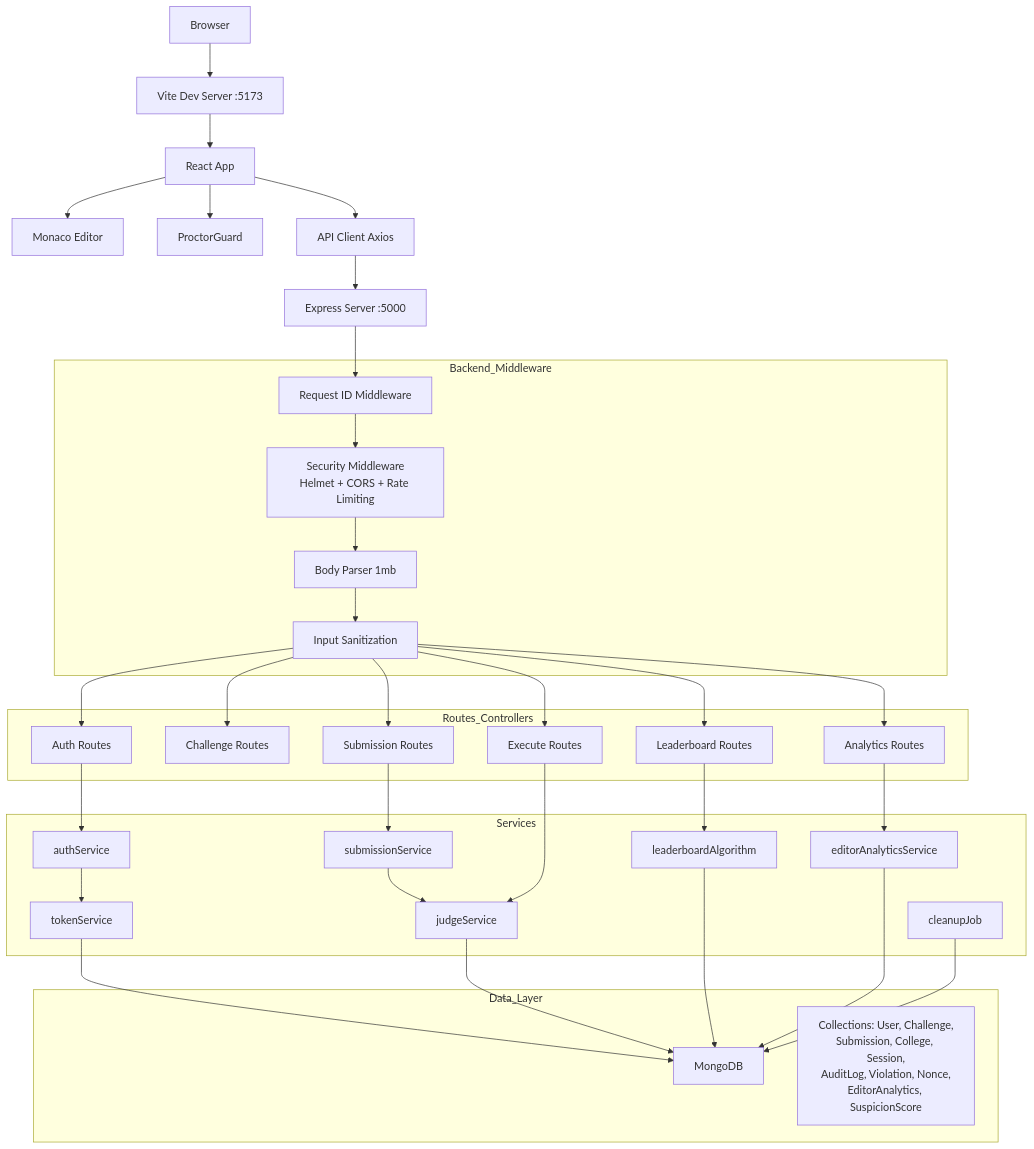
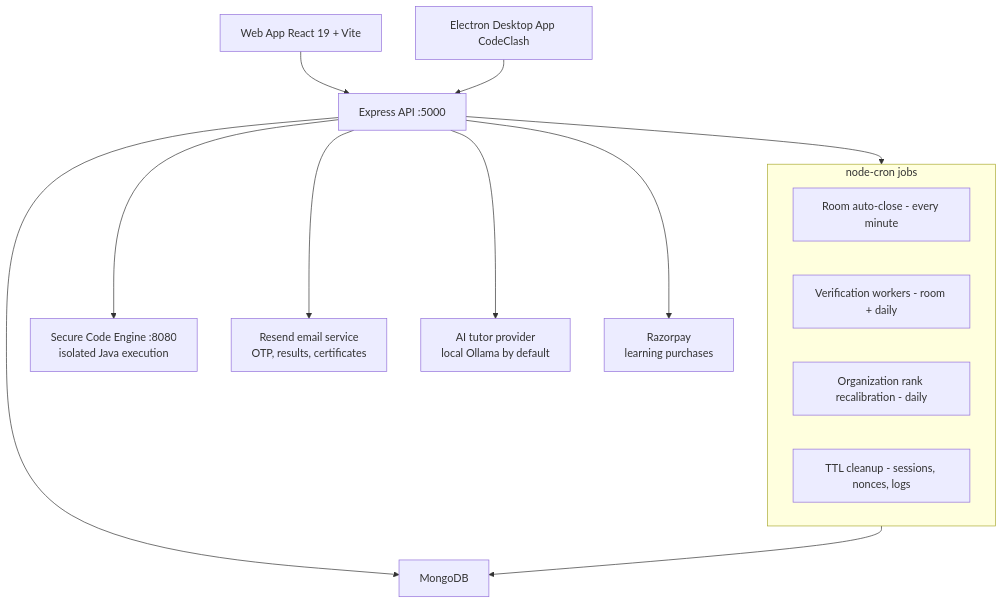
Before and after one commit to codeclash-tech/CCP: the diagram in README.md, drawn with Mermaid. The commit also changed other lines of this file and 26 other files, not shown here.

````diff
--- a/README.md
+++ b/README.md
@@ -94,50 +85,21 @@
 ```mermaid
 flowchart TD
-    A[Browser] --> B[Vite Dev Server :5173]
-    B --> C[React App]
-    C --> D[Monaco Editor]
-    C --> E[ProctorGuard]
-    C --> F[API Client Axios]
-    
-    F --> G[Express Server :5000]
-    
-    subgraph Backend_Middleware
-        H[Request ID Middleware]
-        I[Security Middleware<br/>Helmet + CORS + Rate Limiting]
-        J[Body Parser 1mb]
-        K[Input Sanitization]
+    A[Web App React 19 + Vite] --> B[Express API :5000]
+    D[Electron Desktop App CodeClash] --> B
+
+    B --> C[MongoDB]
+    B --> E[Secure Code Engine :8080<br/>isolated Java execution]
+    B --> F[Resend email service<br/>OTP, results, certificates]
+    B --> G[AI tutor provider<br/>local Ollama by default]
+    B --> H[Razorpay<br/>learning purchases]
+
+    subgraph Schedulers[node-cron jobs]
+        S1[Room auto-close - every minute]
+        S2[Verification workers - room + daily]
+        S3[Organization rank recalibration - daily]
+        S4[TTL cleanup - sessions, nonces, logs]
     end
-    
-    subgraph Routes_Controllers
-        L[Auth Routes]
-        M[Challenge Routes]
-        N[Submission Routes]
-        O[Execute Routes]
-        P[Leaderboard Routes]
-        Q[Analytics Routes]
-    end
-    
-    subgraph Services
-        R[authService]
-        S[tokenService]
-        T[submissionService]
-        U[judgeService]
-        V[leaderboardAlgorithm]
-        W[editorAnalyticsService]
-        X[cleanupJob]
-    end
-    
-    subgraph Data_Layer
-        Y[MongoDB]
-        Z[Collections: User, Challenge,<br/>Submission, College, Session,<br/>AuditLog, Violation, Nonce,<br/>EditorAnalytics, SuspicionScore]
-    end
-    
-    G --> H --> I --> J --> K
-    K --> L & M & N & O & P & Q
-    L --> R --> S --> Y
-    N --> T --> U --> Y
-    O --> U
-    P --> V --> Y
-    Q --> W --> Y
-    X --> Y
+
+    Schedulers --> C
+    B --> Schedulers
 ```
````
